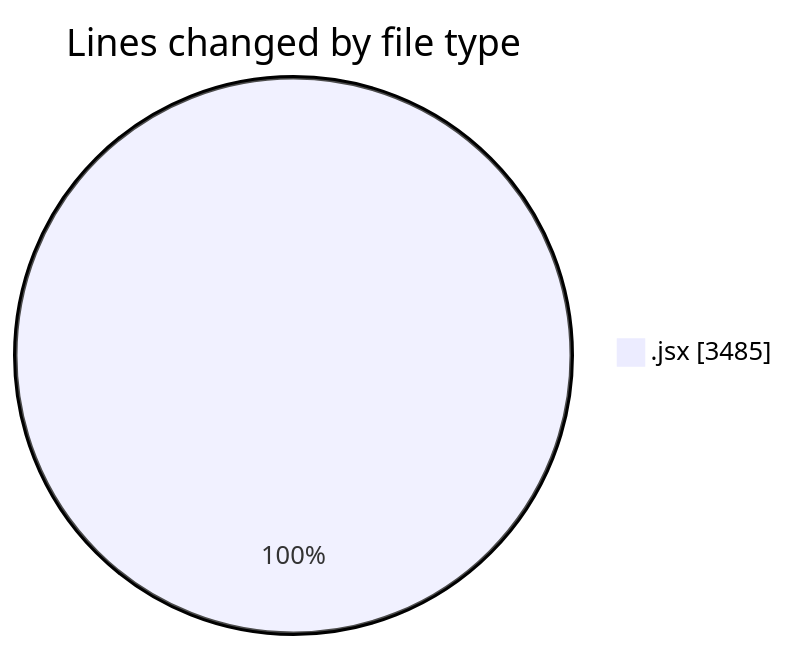
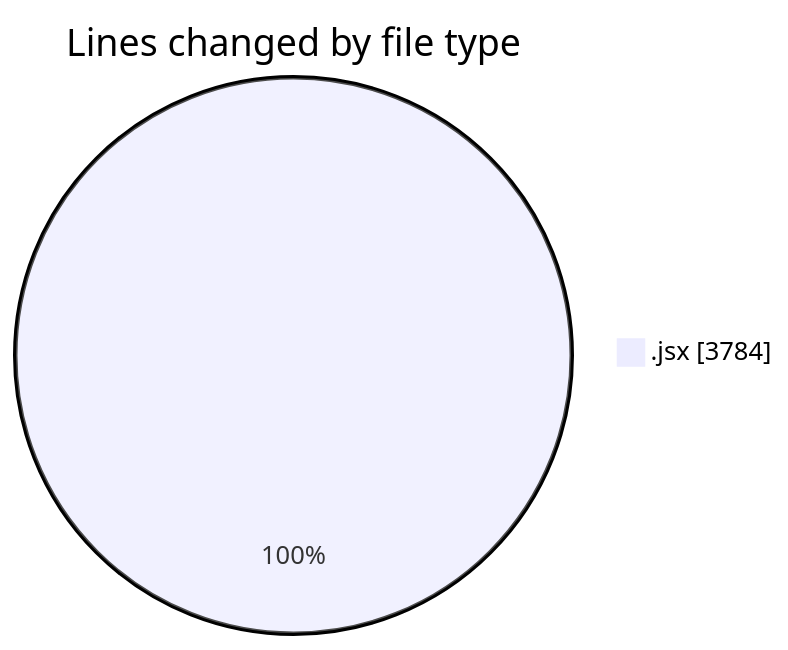
Before and after one commit to nxtqubesakshisongat/code-tracking: the first of 2 diagrams in 2025-10-07/nxtqube_webapp/README.md, drawn with Mermaid. The commit also changed other lines of this file and 1 other file, not shown here.

````diff
--- a/2025-10-07/nxtqube_webapp/README.md
+++ b/2025-10-07/nxtqube_webapp/README.md
@@ -22,5 +22,5 @@
 ```mermaid
 pie showData
 title Lines changed by file type
-".jsx" : 3485
+".jsx" : 3784
 ```
````
